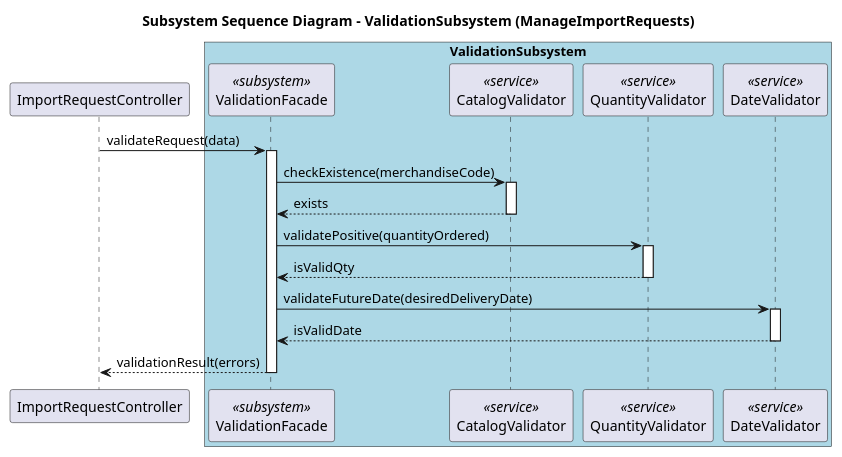
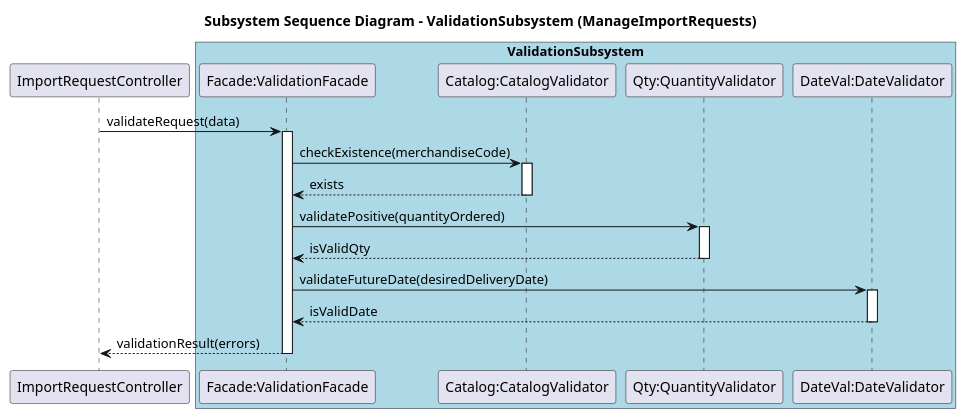
One commit to nqd2/2025.2-166155-15 changed the tenth of 11 diagrams in docs/details/UC001_ManageImportRequests/UC001_ManageImportRequests_all.puml. Above: the diagram before and after it, drawn with PlantUML. The commit also changed other lines of this file and 176 other files, not shown here.

```diff
--- a/docs/details/UC001_ManageImportRequests/UC001_ManageImportRequests_all.puml
+++ b/docs/details/UC001_ManageImportRequests/UC001_ManageImportRequests_all.puml
@@ -348,32 +348,32 @@
 @startuml sequence_subsystem_manage_import_requests
 title Subsystem Sequence Diagram - ValidationSubsystem (ManageImportRequests)
 
 participant "ImportRequestController" as Client
 box "ValidationSubsystem" #LightBlue
-  participant "ValidationFacade" as Facade <<subsystem>>
-  participant "CatalogValidator" as Catalog <<service>>
-  participant "QuantityValidator" as Qty <<service>>
-  participant "DateValidator" as DateVal <<service>>
+  participant "Facade:ValidationFacade" as Facade
+  participant "Catalog:CatalogValidator" as Catalog
+  participant "Qty:QuantityValidator" as Qty
+  participant "DateVal:DateValidator" as DateVal
 end box
 
 Client -> Facade : validateRequest(data)
 activate Facade
 
 Facade -> Catalog : checkExistence(merchandiseCode)
 activate Catalog
 Catalog --> Facade : exists
 deactivate Catalog
 
 Facade -> Qty : validatePositive(quantityOrdered)
 activate Qty
 Qty --> Facade : isValidQty
 deactivate Qty
 
 Facade -> DateVal : validateFutureDate(desiredDeliveryDate)
 activate DateVal
 DateVal --> Facade : isValidDate
 deactivate DateVal
 
 Facade --> Client : validationResult(errors)
 deactivate Facade
 @enduml
```
